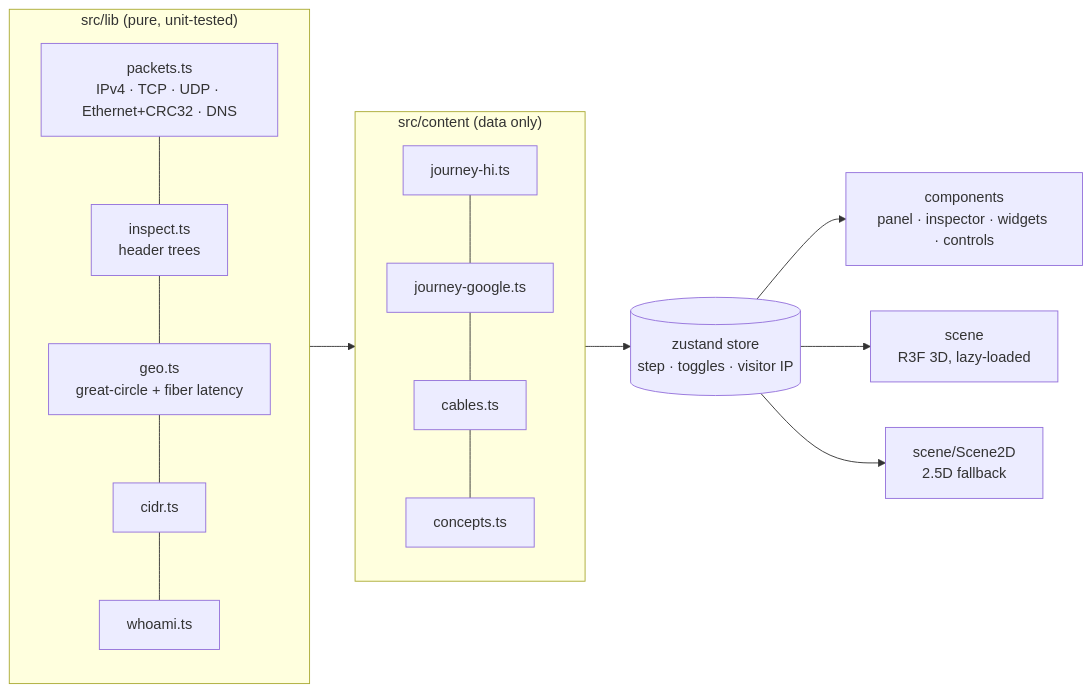
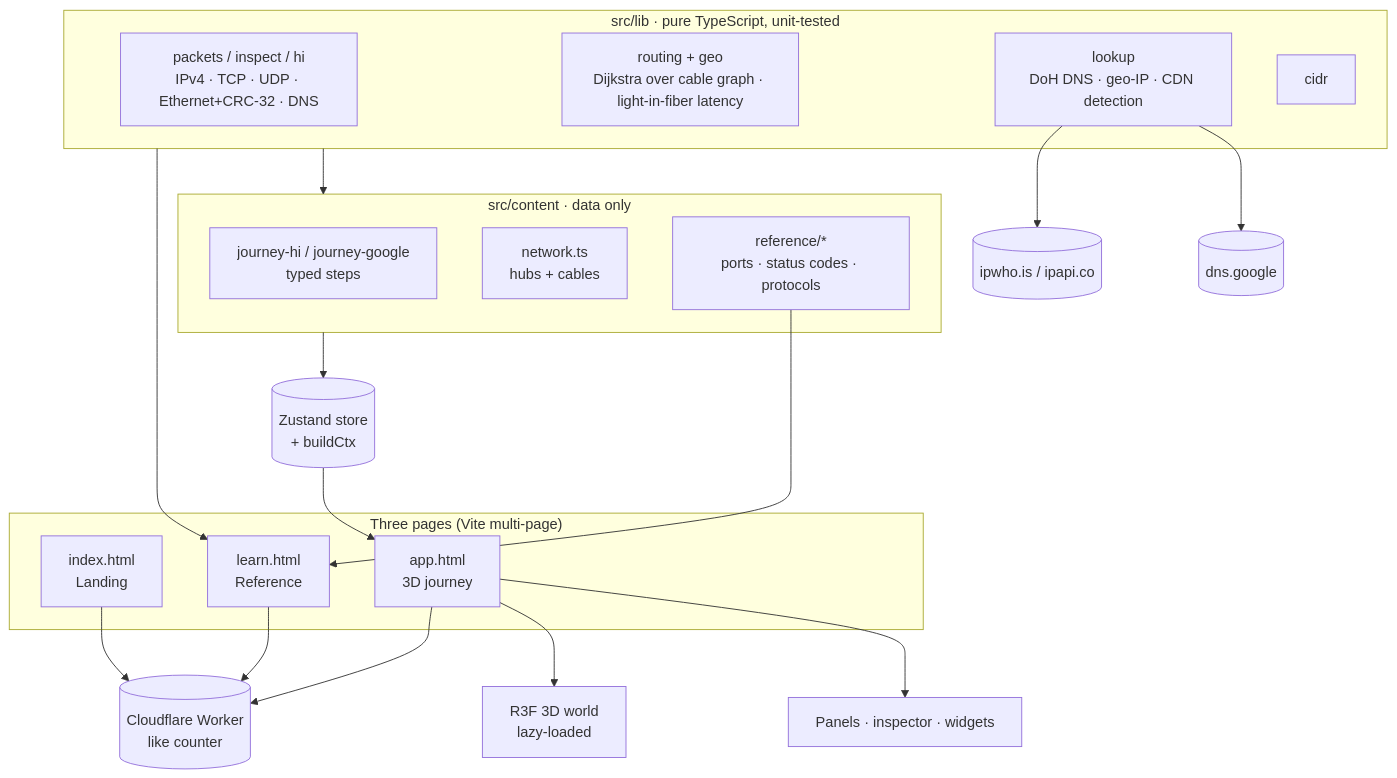
One commit to Karthik-099/packet-journey-3d changed the first of 2 diagrams in README.md. Above: the diagram before and after it, drawn with Mermaid. The commit also changed other lines of this file and 82 other files, not shown here.

First line of the commit message:
Any-domain live journey on a 3D Earth, website pages, learning reference

````diff
--- a/README.md
+++ b/README.md
@@ -27,15 +43,31 @@
 ```mermaid
-flowchart LR
-  subgraph content["src/content (data only)"]
-    J1[journey-hi.ts] --- J2[journey-google.ts] --- CB[cables.ts] --- CO[concepts.ts]
+flowchart TB
+  subgraph pages["Three pages (Vite multi-page)"]
+    L[index.html<br/>Landing]
+    A[app.html<br/>3D journey]
+    D[learn.html<br/>Reference]
   end
-  subgraph lib["src/lib (pure, unit-tested)"]
-    P[packets.ts<br/>IPv4 · TCP · UDP · Ethernet+CRC32 · DNS] --- I[inspect.ts<br/>header trees] --- G[geo.ts<br/>great-circle + fiber latency] --- CI[cidr.ts] --- W[whoami.ts]
+  subgraph lib["src/lib · pure TypeScript, unit-tested"]
+    P[packets / inspect / hi<br/>IPv4 · TCP · UDP · Ethernet+CRC-32 · DNS]
+    R[routing + geo<br/>Dijkstra over cable graph · light-in-fiber latency]
+    K[lookup<br/>DoH DNS · geo-IP · CDN detection]
+    C[cidr]
   end
-  ST[(zustand store<br/>step · toggles · visitor IP)]
-  content --> ST
-  lib --> content
-  ST --> UI[components<br/>panel · inspector · widgets · controls]
-  ST --> S3[scene<br/>R3F 3D, lazy-loaded]
-  ST --> S2[scene/Scene2D<br/>2.5D fallback]
+  subgraph content["src/content · data only"]
+    J[journey-hi / journey-google<br/>typed steps]
+    N[network.ts<br/>hubs + cables]
+    REF[reference/*<br/>ports · status codes · protocols]
+  end
+  S[(Zustand store<br/>+ buildCtx)]
+  ext1[(dns.google)]
+  ext2[(ipwho.is / ipapi.co)]
+  ext3[(Cloudflare Worker<br/>like counter)]
+  lib --> content --> S
+  K --> ext1 & ext2
+  S --> A
+  A --> UI[Panels · inspector · widgets]
+  A --> W[R3F 3D world<br/>lazy-loaded]
+  REF --> D
+  lib --> D
+  L & D & A --> ext3
 ```
````
